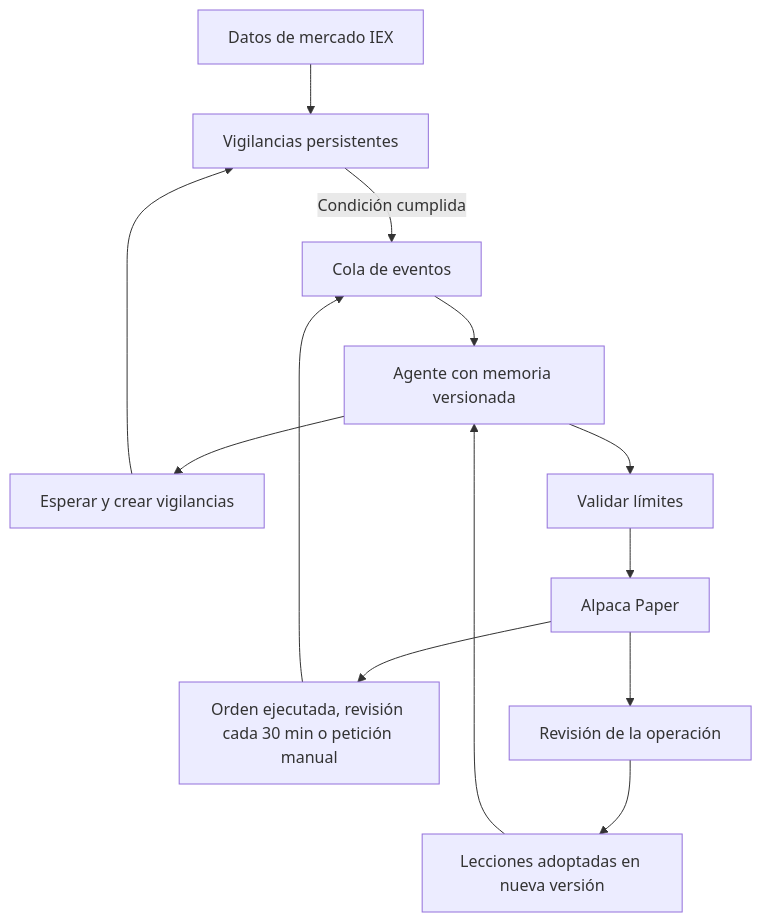
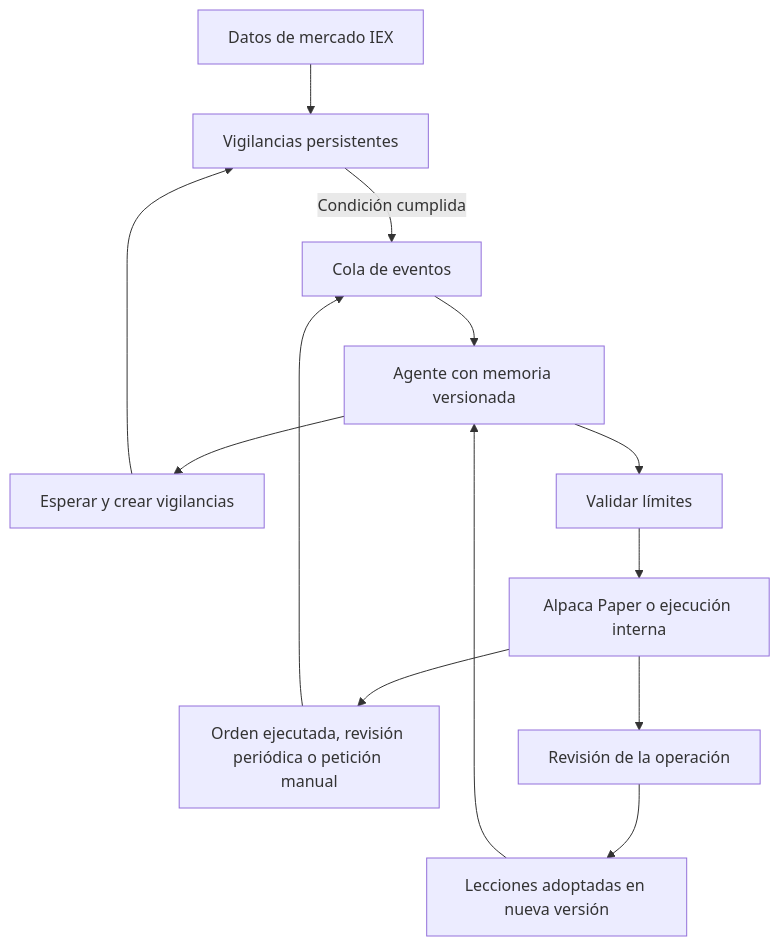
The diagram in README.md (Dasge97/Meridian), drawn with Mermaid before and after one commit. The commit also changed other lines of this file and 63 other files, not shown here.

````diff
--- a/README.md
+++ b/README.md
@@ -46,15 +50,15 @@
 ```mermaid
 flowchart TD
   A[Datos de mercado IEX] --> B[Vigilancias persistentes]
   B -->|Condición cumplida| C[Cola de eventos]
-  D[Orden ejecutada, revisión cada 30 min o petición manual] --> C
+  D[Orden ejecutada, revisión periódica o petición manual] --> C
   C --> E[Agente con memoria versionada]
   E --> F[Esperar y crear vigilancias]
   F --> B
   E --> G[Validar límites]
-  G --> H[Alpaca Paper]
+  G --> H[Alpaca Paper o ejecución interna]
   H --> D
   H --> I[Revisión de la operación]
   I --> J[Lecciones adoptadas en nueva versión]
   J --> E
 ```
````
